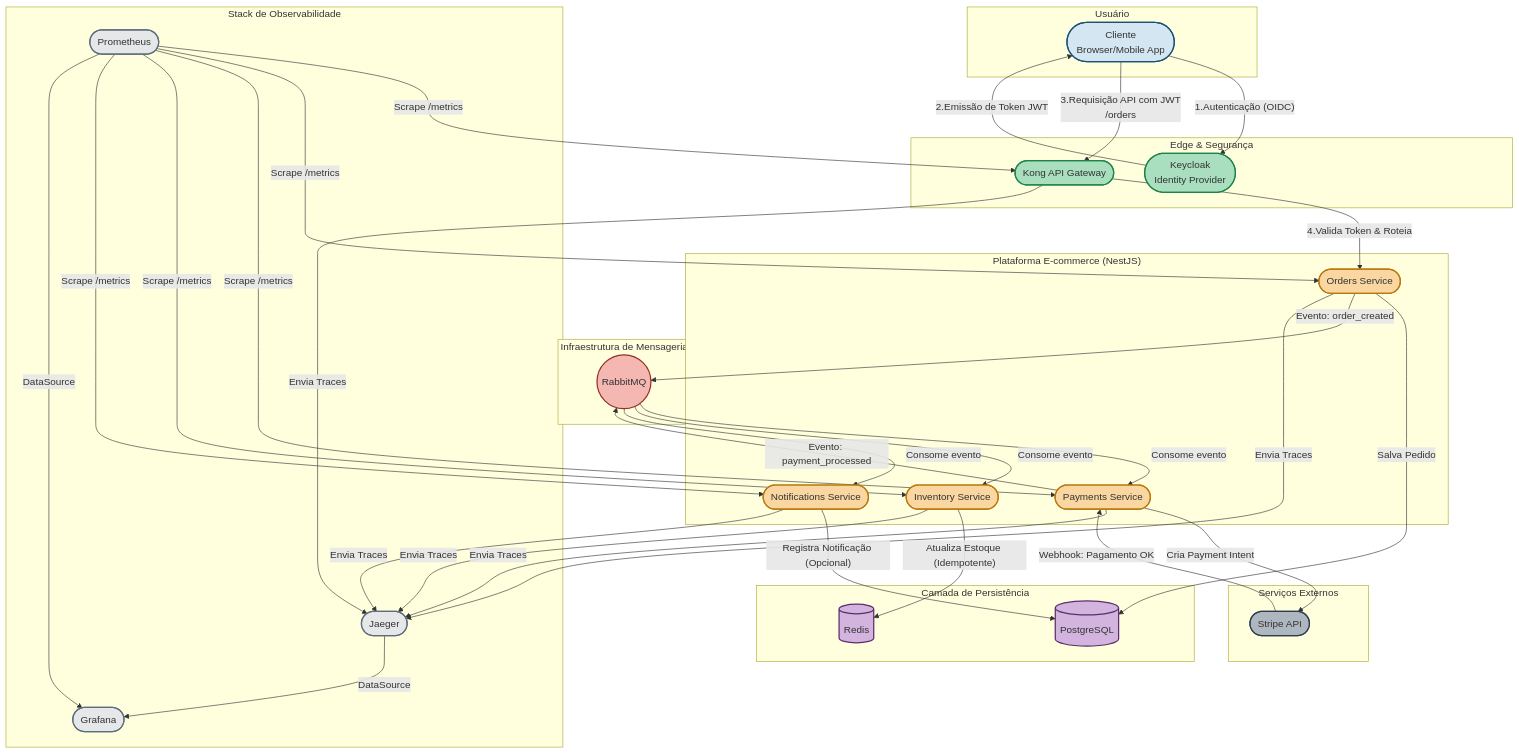
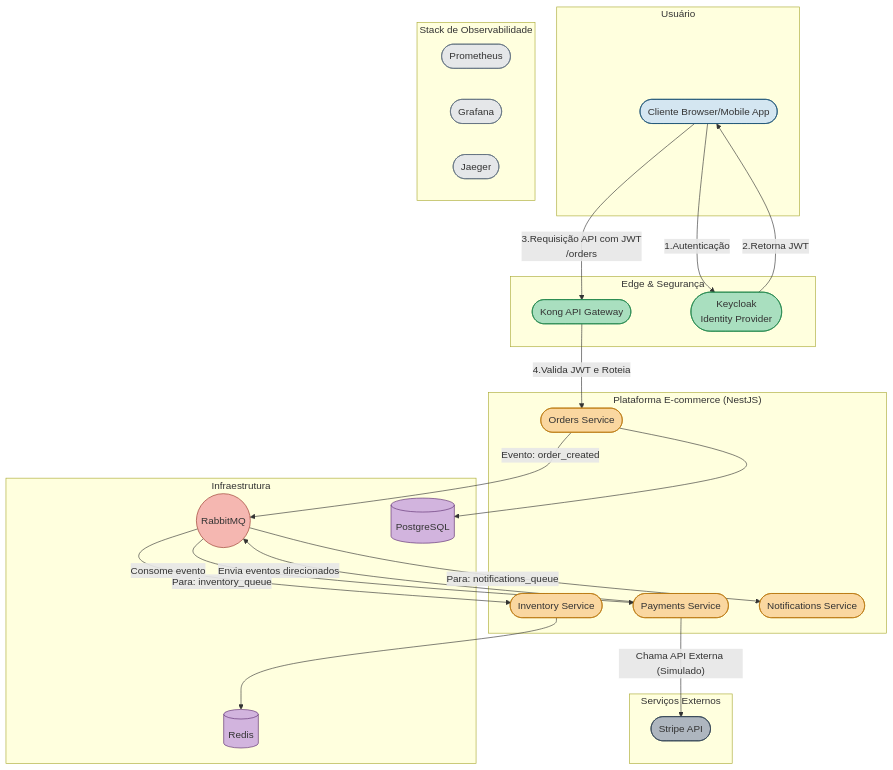
One commit to DaniloNogueira-Silva/ecommerce-microsservice changed the diagram in README.md. Above: the diagram before and after it, drawn with Mermaid. The commit also changed other lines of this file, not shown here.

````diff
--- a/README.md
+++ b/README.md
@@ -24,11 +42,6 @@
 ```mermaid
-%% Diagrama de Arquitetura para Sistema de E-commerce com Microsserviços
-%% Autor: Danilo Nogueira
-%% Data: 2025-08-19
-
 graph TD
     %% --- Definição de Estilos ---
-    classDef default fill:#f9f9f9,stroke:#333,stroke-width:2px;
     classDef client fill:#D4E6F1,stroke:#1A5276;
     classDef gateway fill:#A9DFBF,stroke:#1E8449;
     classDef service fill:#FAD7A0,stroke:#B9770E;
@@ -37,98 +50,58 @@
     classDef external fill:#AEB6BF,stroke:#2C3E50;
     classDef observability fill:#E5E7E9,stroke:#5D6D7E;
 
-    %% --- Atores Externos ---
+    %% --- Componentes ---
     subgraph "Usuário"
-        user([Cliente<br>Browser/Mobile App]);
+        user([Cliente Browser/Mobile App]);
     end
-    class user client;
-
-    %% --- Camada de Borda e Segurança ---
     subgraph "Edge & Segurança"
         kong([Kong API Gateway]);
         keycloak([Keycloak<br>Identity Provider]);
     end
-    class kong,keycloak gateway;
-    
-    %% --- Plataforma de E-commerce (Nossos Microsserviços) ---
     subgraph "Plataforma E-commerce (NestJS)"
         orders_service([Orders Service]);
         payments_service([Payments Service]);
         inventory_service([Inventory Service]);
         notifications_service([Notifications Service]);
     end
-    class orders_service,payments_service,inventory_service,notifications_service service;
-
-    %% --- Infraestrutura de Mensageria ---
-    subgraph "Infraestrutura de Mensageria"
+    subgraph "Infraestrutura"
         rabbitmq((RabbitMQ));
-    end
-    class rabbitmq messaging;
-
-    %% --- Camada de Persistência ---
-    subgraph "Camada de Persistência"
         postgres_db[(PostgreSQL)];
         redis_db[(Redis)];
     end
-    class postgres_db,redis_db database;
-
-    %% --- Serviços Externos ---
-    subgraph "Serviços Externos"
+     subgraph "Serviços Externos"
         stripe([Stripe API]);
     end
-    class stripe external;
-
-    %% --- Stack de Observabilidade ---
     subgraph "Stack de Observabilidade"
         prometheus([Prometheus]);
         grafana([Grafana]);
         jaeger([Jaeger]);
     end
+    
+    %% --- Estilização ---
+    class user client;
+    class kong,keycloak gateway;
+    class orders_service,payments_service,inventory_service,notifications_service service;
+    class rabbitmq messaging;
+    class postgres_db,redis_db database;
+    class stripe external;
     class prometheus,grafana,jaeger observability;
+
+    %% --- Fluxos ---
+    user -- "1.Autenticação" --> keycloak;
+    keycloak -- "2.Retorna JWT" --> user;
+    user -- "3.Requisição API com JWT<br>/orders" --> kong;
+    kong -- "4.Valida JWT e Roteia" --> orders_service;
     
-    %% --- Conexões e Fluxos ---
-    
-    %% Fluxo de Autenticação
-    user -- "1.Autenticação (OIDC)" --> keycloak;
-    keycloak -- "2.Emissão de Token JWT" --> user;
-    
-    %% Fluxo de Requisição Principal
-    user -- "3.Requisição API com JWT<br>/orders" --> kong;
-    kong -- "4.Valida Token & Roteia" --> orders_service;
-    
-    %% Fluxo de Eventos (Criação de Pedido)
-    orders_service -- Salva Pedido --> postgres_db;
+    orders_service --> postgres_db;
     orders_service -- "Evento: order_created" --> rabbitmq;
     
-    %% Consumidores do Evento 'order_created'
     rabbitmq -- "Consome evento" --> payments_service;
-    
-    %% Fluxo de Pagamento
-    payments_service -- "Cria Payment Intent" --> stripe;
-    stripe -- "Webhook: Pagamento OK" --> payments_service;
-    payments_service -- "Evento: payment_processed" --> rabbitmq;
+    payments_service -- "Chama API Externa (Simulado)" --> stripe;
+    payments_service -- "Envia eventos direcionados" --> rabbitmq;
 
-    %% Consumidores do Evento 'payment_processed'
-    rabbitmq -- "Consome evento" --> inventory_service;
-    rabbitmq -- "Consome evento" --> notifications_service;
+    rabbitmq -- "Para: inventory_queue" --> inventory_service;
+    rabbitmq -- "Para: notifications_queue" --> notifications_service;
 
-    %% Interação Final com a Persistência
-    inventory_service -- "Atualiza Estoque (Idempotente)" --> redis_db;
-    notifications_service -- "Registra Notificação (Opcional)" --> postgres_db;
-    
-    %% Conexões da Stack de Observabilidade
-    prometheus -- "Scrape /metrics" --> kong;
-    prometheus -- "Scrape /metrics" --> orders_service;
-    prometheus -- "Scrape /metrics" --> payments_service;
-    prometheus -- "Scrape /metrics" --> inventory_service;
-    prometheus -- "Scrape /metrics" --> notifications_service;
-
-    kong -- "Envia Traces" --> jaeger;
-    orders_service -- "Envia Traces" --> jaeger;
-    payments_service -- "Envia Traces" --> jaeger;
-    inventory_service -- "Envia Traces" --> jaeger;
-    notifications_service -- "Envia Traces" --> jaeger;
-
-    prometheus -- "DataSource" --> grafana;
-    jaeger -- "DataSource" --> grafana;
+    inventory_service --> redis_db;
 ```
````
